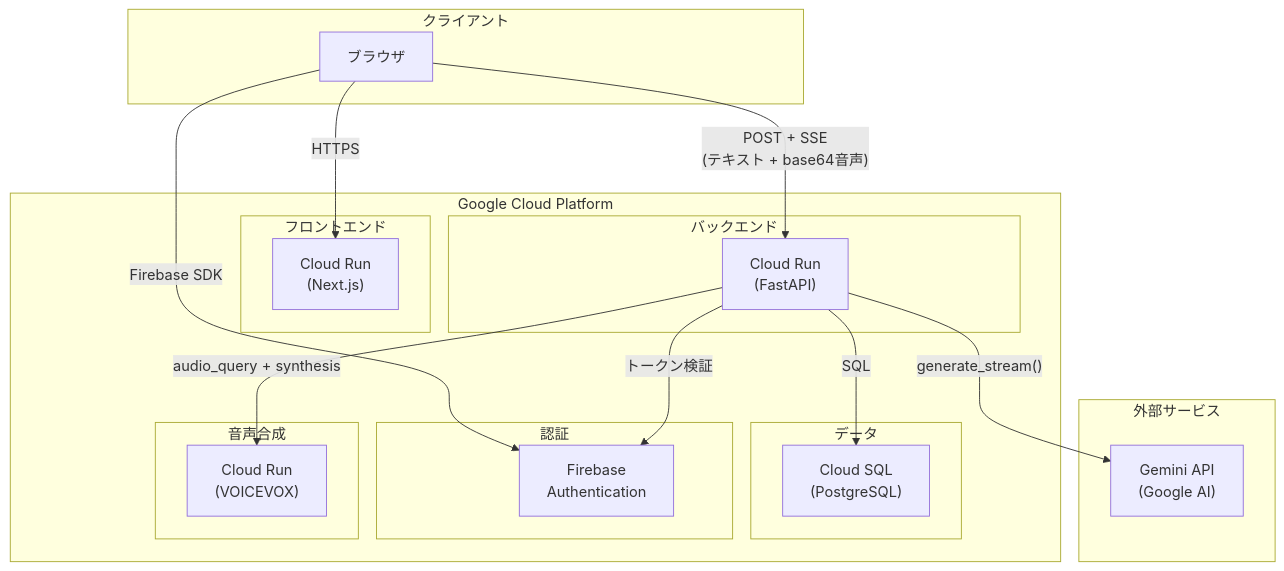
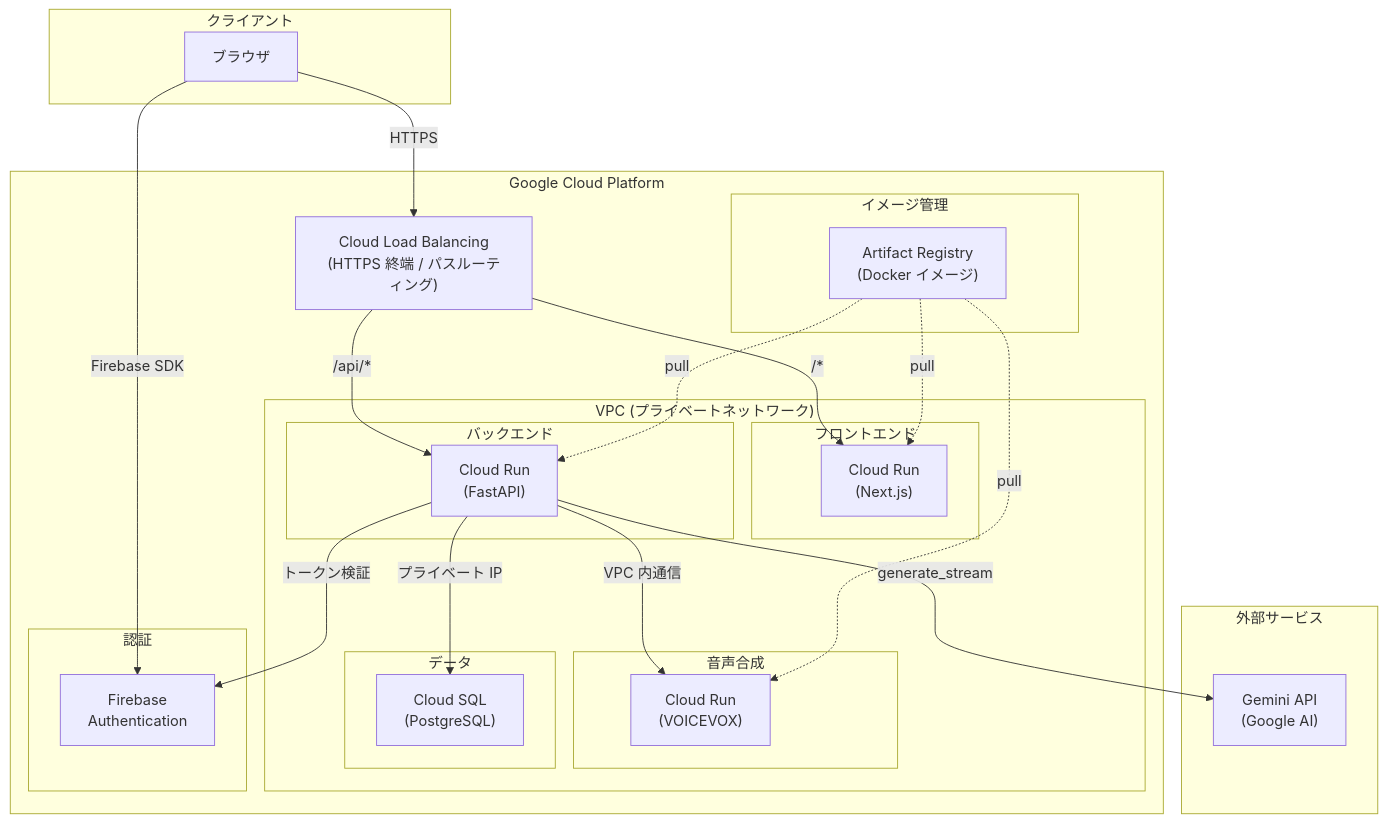
The first of 2 diagrams in docs/cloud/phase1_initial.md (yudai3141/AudienceRoom), drawn with Mermaid before and after one commit. The commit also changed other lines of this file and 1 other file, not shown here.

Commit message:
docs: add Cloud Load Balancing, VPC, Artifact Registry to architecture diagrams
- Cloud Load Balancing: HTTPS 終端、パスルーティング、SSE タイムアウト
- VPC: Cloud SQL / VOICEVOX / FastAPI 間のプライベート通信
- Artifact Registry: Docker イメージの管理
- シーケンス図にも LB 経由の通信経路を反映

````diff
--- a/docs/cloud/phase1_initial.md
+++ b/docs/cloud/phase1_initial.md
@@ -10,40 +10,54 @@
 ```mermaid
 flowchart TB
     subgraph Client["クライアント"]
         Browser["ブラウザ"]
     end
 
     subgraph GCP["Google Cloud Platform"]
-        subgraph Frontend["フロントエンド"]
-            CloudRun_FE["Cloud Run<br/>(Next.js)"]
+        LB["Cloud Load Balancing<br/>(HTTPS 終端 / パスルーティング)"]
+
+        subgraph VPC["VPC (プライベートネットワーク)"]
+            subgraph Frontend["フロントエンド"]
+                CloudRun_FE["Cloud Run<br/>(Next.js)"]
+            end
+
+            subgraph Backend["バックエンド"]
+                CloudRun_BE["Cloud Run<br/>(FastAPI)"]
+            end
+
+            subgraph TTS["音声合成"]
+                CloudRun_VV["Cloud Run<br/>(VOICEVOX)"]
+            end
+
+            subgraph Data["データ"]
+                CloudSQL["Cloud SQL<br/>(PostgreSQL)"]
+            end
         end
 
-        subgraph Backend["バックエンド"]
-            CloudRun_BE["Cloud Run<br/>(FastAPI)"]
-        end
-
-        subgraph Data["データ"]
-            CloudSQL["Cloud SQL<br/>(PostgreSQL)"]
+        subgraph CI["イメージ管理"]
+            AR["Artifact Registry<br/>(Docker イメージ)"]
         end
 
         subgraph Auth["認証"]
             FirebaseAuth["Firebase<br/>Authentication"]
-        end
-
-        subgraph TTS["音声合成"]
-            CloudRun_VV["Cloud Run<br/>(VOICEVOX)"]
         end
     end
 
     subgraph External["外部サービス"]
         LLM["Gemini API<br/>(Google AI)"]
     end
 
-    Browser -->|HTTPS| CloudRun_FE
+    Browser -->|HTTPS| LB
+    LB -->|"/*"| CloudRun_FE
+    LB -->|"/api/*"| CloudRun_BE
     Browser -->|Firebase SDK| FirebaseAuth
-    Browser -->|"POST + SSE<br/>(テキスト + base64音声)"| CloudRun_BE
-    CloudRun_BE -->|SQL| CloudSQL
-    CloudRun_BE -->|"generate_stream()"| LLM
-    CloudRun_BE -->|"audio_query + synthesis"| CloudRun_VV
-    CloudRun_BE -->|"トークン検証"| FirebaseAuth
+
+    CloudRun_BE -->|"プライベート IP"| CloudSQL
+    CloudRun_BE -->|"VPC 内通信"| CloudRun_VV
+    CloudRun_BE -->|generate_stream| LLM
+    CloudRun_BE -->|トークン検証| FirebaseAuth
+
+    AR -.->|pull| CloudRun_FE
+    AR -.->|pull| CloudRun_BE
+    AR -.->|pull| CloudRun_VV
 ```
````
